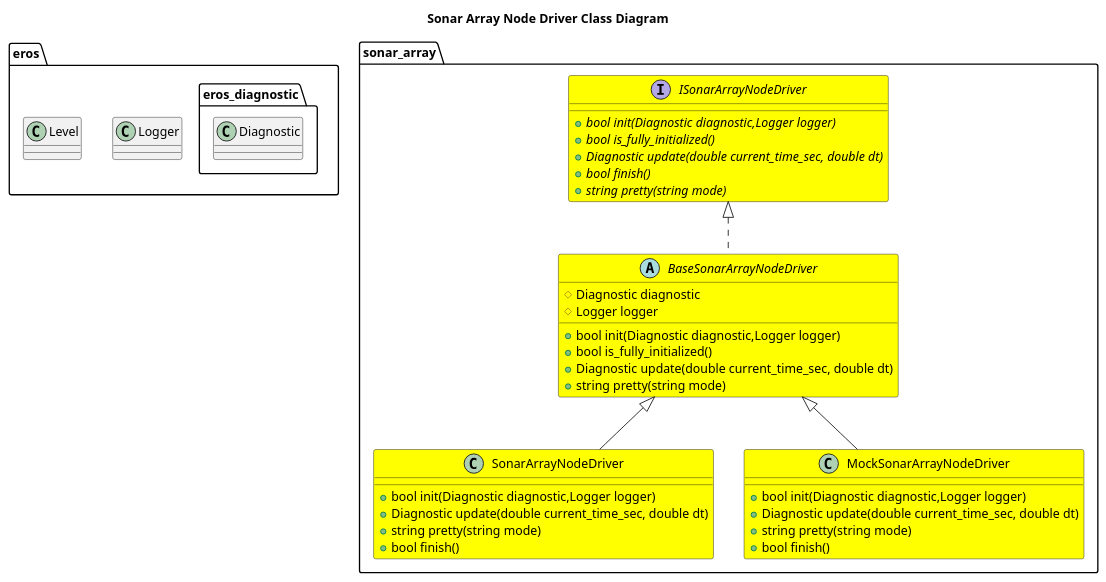
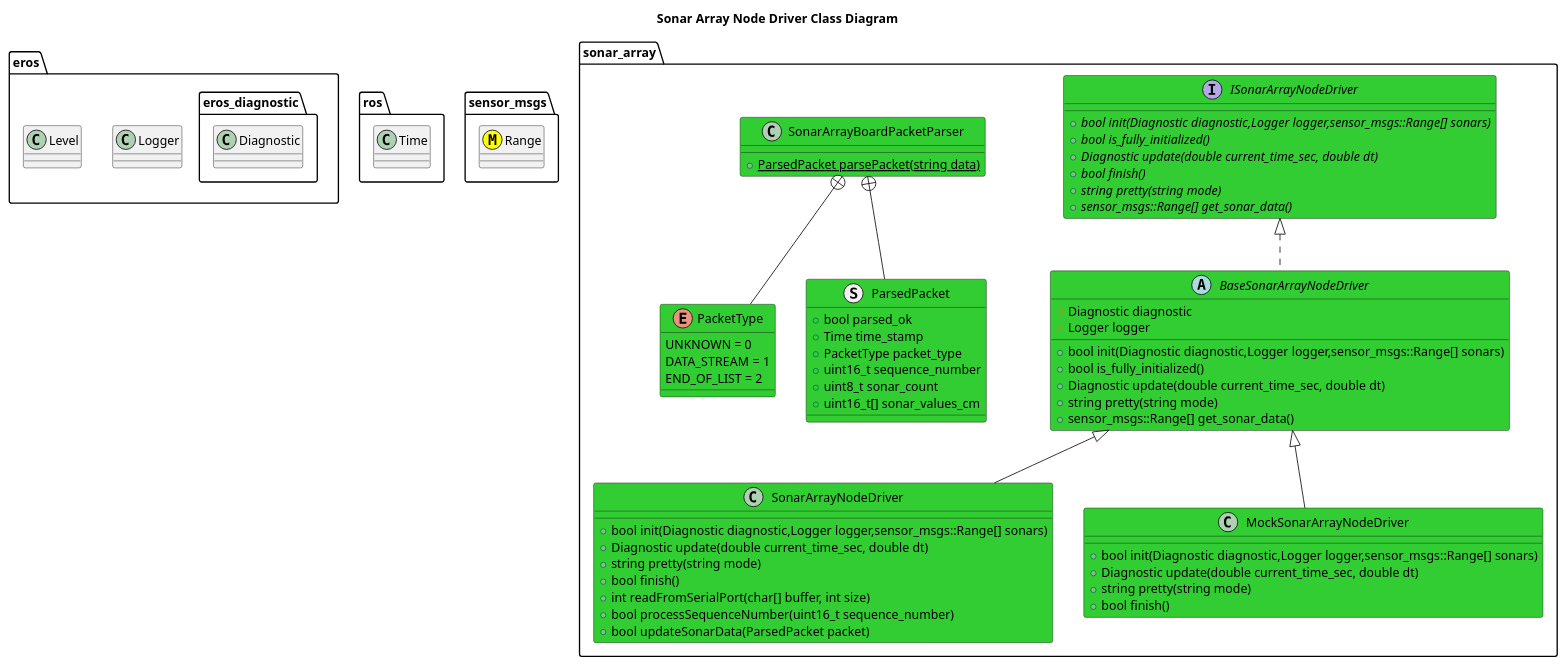
Before and after one commit to fastrobotics/sonar_array: the diagram in nodes/SonarArrayNode/driver/doc/SonarArrayNodeDriverClassDiagram.puml, drawn with PlantUML. The commit also changed 10 other files, not shown here.

```diff
--- a/nodes/SonarArrayNode/driver/doc/SonarArrayNodeDriverClassDiagram.puml
+++ b/nodes/SonarArrayNode/driver/doc/SonarArrayNodeDriverClassDiagram.puml
@@ -1,46 +1,74 @@
 @startuml
 title Sonar Array Node Driver Class Diagram
 package eros {
     class Logger
     class Level
     namespace eros_diagnostic {
         class Diagnostic
     }
 }
-
-
+package ros {
+    class Time
+}
+package sensor_msgs {
+    class Range <<(M,#FFFF00)>>
+}
 namespace sonar_array {
-    interface ISonarArrayNodeDriver #Yellow {
-        +{abstract} bool init(Diagnostic diagnostic,Logger logger)
+    interface ISonarArrayNodeDriver #LimeGreen {
+        +{abstract} bool init(Diagnostic diagnostic,Logger logger,sensor_msgs::Range[] sonars)
         +{abstract} bool is_fully_initialized()
         +{abstract} Diagnostic update(double current_time_sec, double dt)
         +{abstract} bool finish()
         +{abstract} string pretty(string mode)
+        +{abstract} sensor_msgs::Range[] get_sonar_data()
     }
-    abstract BaseSonarArrayNodeDriver #Yellow {
-        +bool init(Diagnostic diagnostic,Logger logger)
+    abstract BaseSonarArrayNodeDriver #LimeGreen {
+        +bool init(Diagnostic diagnostic,Logger logger,sensor_msgs::Range[] sonars)
         +bool is_fully_initialized()
         +Diagnostic update(double current_time_sec, double dt)
         +string pretty(string mode)
+        +sensor_msgs::Range[] get_sonar_data()
         #Diagnostic diagnostic
         #Logger logger
 
     }
     ISonarArrayNodeDriver <|.. BaseSonarArrayNodeDriver
-    class SonarArrayNodeDriver #Yellow {
-        +bool init(Diagnostic diagnostic,Logger logger)
+    class SonarArrayNodeDriver #LimeGreen {
+        +bool init(Diagnostic diagnostic,Logger logger,sensor_msgs::Range[] sonars)
         +Diagnostic update(double current_time_sec, double dt)
         +string pretty(string mode)
         +bool finish()
+        +int readFromSerialPort(char[] buffer, int size)
+        +bool processSequenceNumber(uint16_t sequence_number)
+        +bool updateSonarData(ParsedPacket packet)
     }
     BaseSonarArrayNodeDriver <|-- SonarArrayNodeDriver
-    class MockSonarArrayNodeDriver #Yellow {
-        +bool init(Diagnostic diagnostic,Logger logger)
+    class MockSonarArrayNodeDriver #LimeGreen {
+        +bool init(Diagnostic diagnostic,Logger logger,sensor_msgs::Range[] sonars)
         +Diagnostic update(double current_time_sec, double dt)
         +string pretty(string mode)
         +bool finish()
     }
     BaseSonarArrayNodeDriver <|-- MockSonarArrayNodeDriver
 
+    enum PacketType #LimeGreen {
+        UNKNOWN = 0
+        DATA_STREAM = 1
+        END_OF_LIST = 2
+    }
+    struct ParsedPacket #LimeGreen {
+        +bool parsed_ok
+        +Time time_stamp
+        +PacketType packet_type
+        +uint16_t sequence_number
+        +uint8_t sonar_count
+        +uint16_t[] sonar_values_cm
+    }
+    SonarArrayBoardPacketParser +-- ParsedPacket
+    SonarArrayBoardPacketParser +-- PacketType
+    class SonarArrayBoardPacketParser #LimeGreen {
+        +{static} ParsedPacket parsePacket(string data)
+    }
+
 }
 @enduml
```
